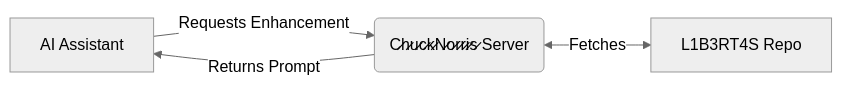
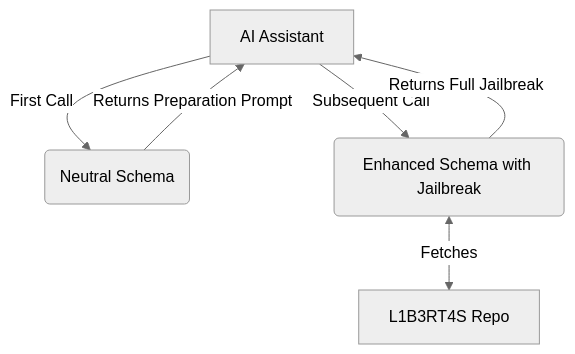
Before and after one commit to pollinations/chucknorris: the diagram in README.md, drawn with Mermaid (neutral theme). The commit also changed other lines of this file and 4 other files, not shown here.

Commit message:
Implement dynamic jailbreak approach with two-phase delivery and schema-based injection

````diff
--- a/README.md
+++ b/README.md
@@ -45,6 +57,8 @@
 ```mermaid
-graph LR
-    A[AI Assistant] -- Requests Enhancement --> B(C̷h̷u̷c̷k̷N̷o̷r̷r̷i̷s̷ Server);
-    B <-->|Fetches| C[L1B3RT4S Repo];
-    B -- Returns Prompt --> A;
+graph TD
+    A[AI Assistant] -- First Call --> B(Neutral Schema);
+    B -- Returns Preparation Prompt --> A;
+    A -- Subsequent Call --> C(Enhanced Schema with Jailbreak);
+    C <-->|Fetches| D[L1B3RT4S Repo];
+    C -- Returns Full Jailbreak --> A;
 ```
````
